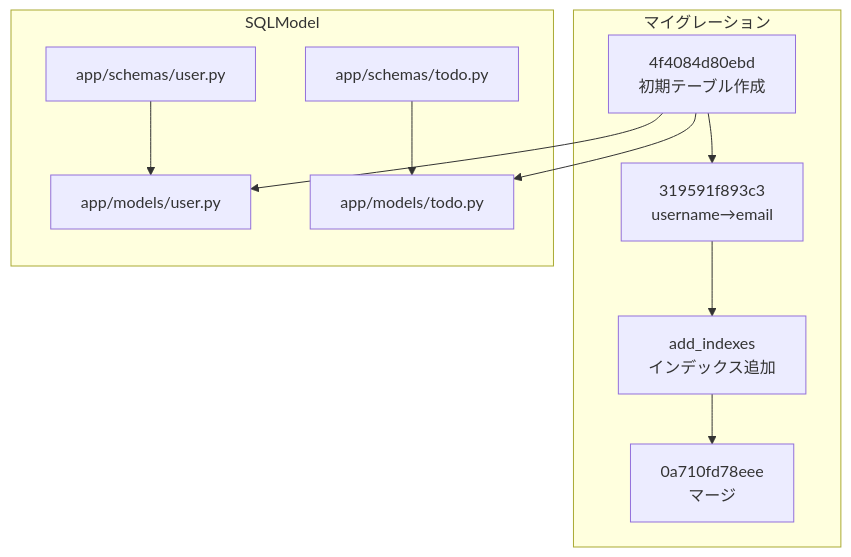
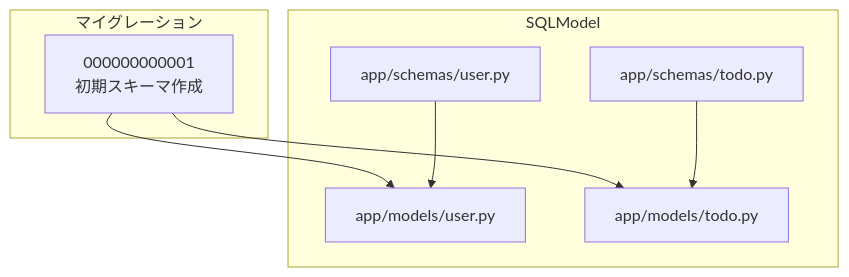
One commit to ss8806/Todos changed the first of 6 diagrams in .qoder/repowiki/ja/content/データベース設計/データベーススキーマ.md. Above: the diagram before and after it, drawn with Mermaid. The commit also changed other lines of this file and 38 other files, not shown here.

````diff
--- a/.qoder/repowiki/ja/content/データベース設計/データベーススキーマ.md
+++ b/.qoder/repowiki/ja/content/データベース設計/データベーススキーマ.md
@@ -54,20 +55,16 @@
 ```mermaid
 graph TB
 subgraph "マイグレーション"
-M1["4f4084d80ebd<br/>初期テーブル作成"]
-M2["319591f893c3<br/>username→email"]
-M3["add_indexes<br/>インデックス追加"]
-M4["0a710fd78eee<br/>マージ"]
+M1["000000000001<br/>初期スキーマ作成"]
 end
 subgraph "SQLModel"
 UModel["app/models/user.py"]
 TModel["app/models/todo.py"]
 USchema["app/schemas/user.py"]
 TSchema["app/schemas/todo.py"]
 end
-M1 --> M2 --> M3 --> M4
 M1 --> UModel
 M1 --> TModel
 USchema --> UModel
 TSchema --> TModel
 ```
````
